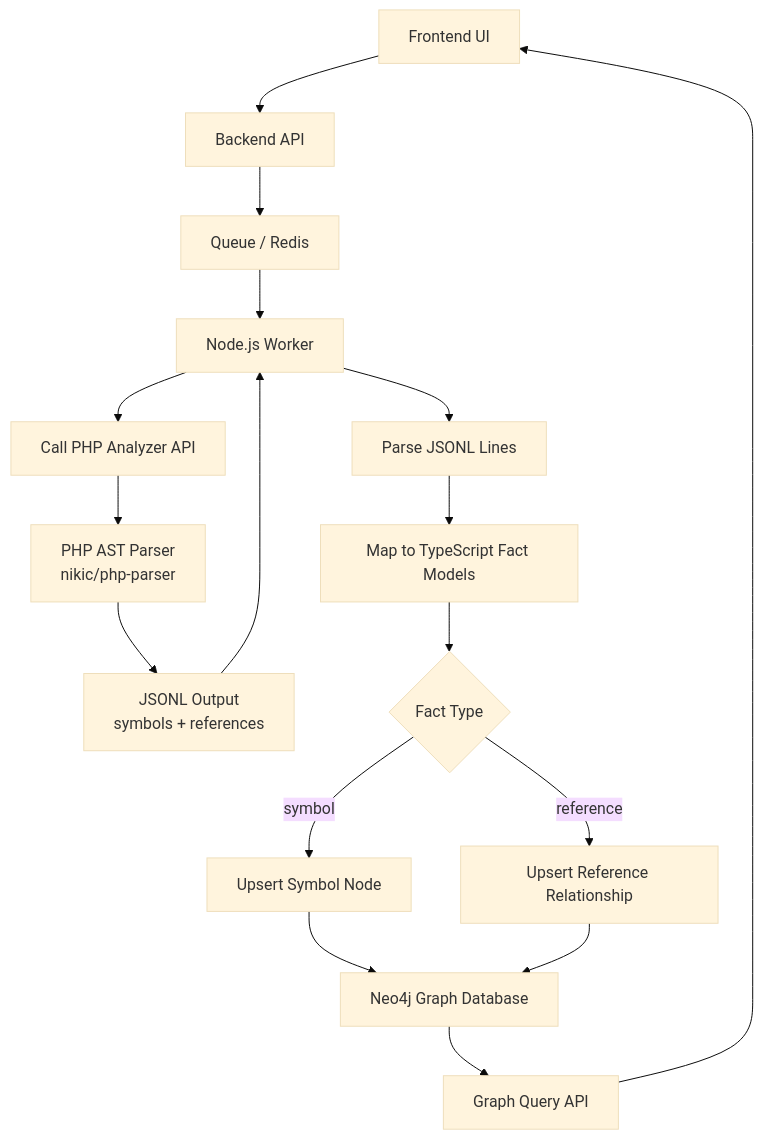
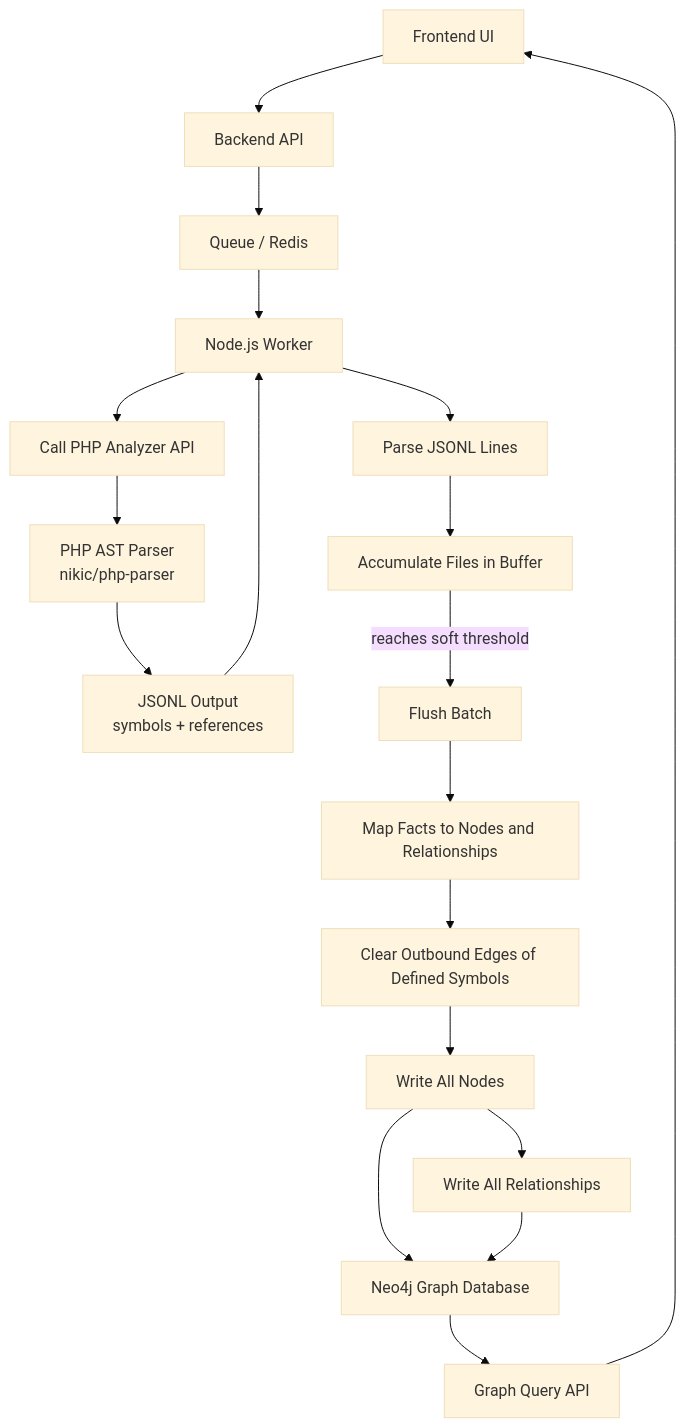
One commit to DavidBelicza/Magento-MCP-Server changed the first of 5 diagrams in docs/architecture_world_mapping.md. Above: the diagram before and after it, drawn with Mermaid (base theme). The commit also changed other lines of this file and 12 other files, not shown here.

````diff
--- a/docs/architecture_world_mapping.md
+++ b/docs/architecture_world_mapping.md
@@ -7,27 +7,27 @@
 ```mermaid
 flowchart TD
     A[Frontend UI] --> B[Backend API]
     B --> C[Queue / Redis]
     C --> D[Node.js Worker]
 
     D --> E[Call PHP Analyzer API]
     E --> F[PHP AST Parser<br/>nikic/php-parser]
 
     F --> G[JSONL Output<br/>symbols + references]
 
     G --> D
 
     D --> H[Parse JSONL Lines]
-    H --> I[Map to TypeScript Fact Models]
+    H --> ACC[Accumulate Files in Buffer]
+    ACC -->|reaches soft threshold| FL[Flush Batch]
+    FL --> MAP[Map Facts to Nodes and Relationships]
+    MAP --> CLR[Clear Outbound Edges of Defined Symbols]
+    CLR --> WN[Write All Nodes]
+    WN --> WR[Write All Relationships]
 
-    I --> J{Fact Type}
-
-    J -->|symbol| K[Upsert Symbol Node]
-    J -->|reference| L[Upsert Reference Relationship]
-
-    K --> M[Neo4j Graph Database]
-    L --> M
+    WN --> M[Neo4j Graph Database]
+    WR --> M
 
     M --> N[Graph Query API]
     N --> A
 ```
````
